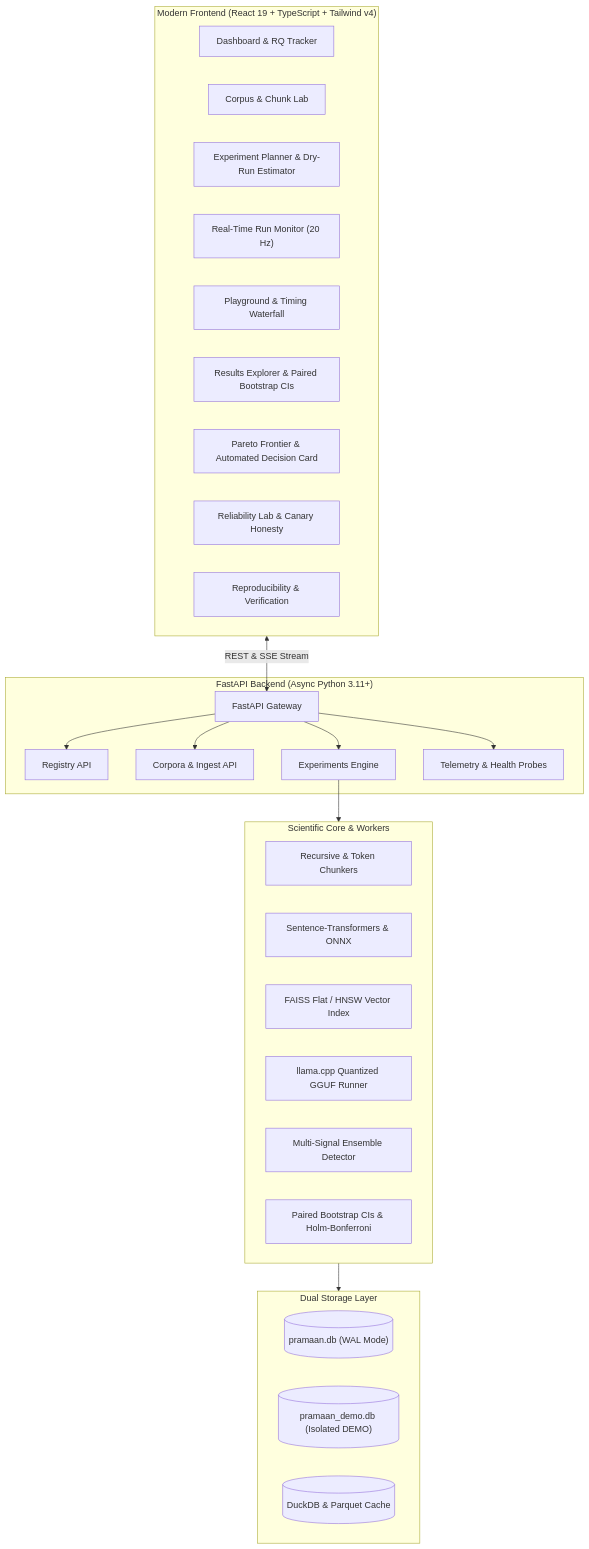
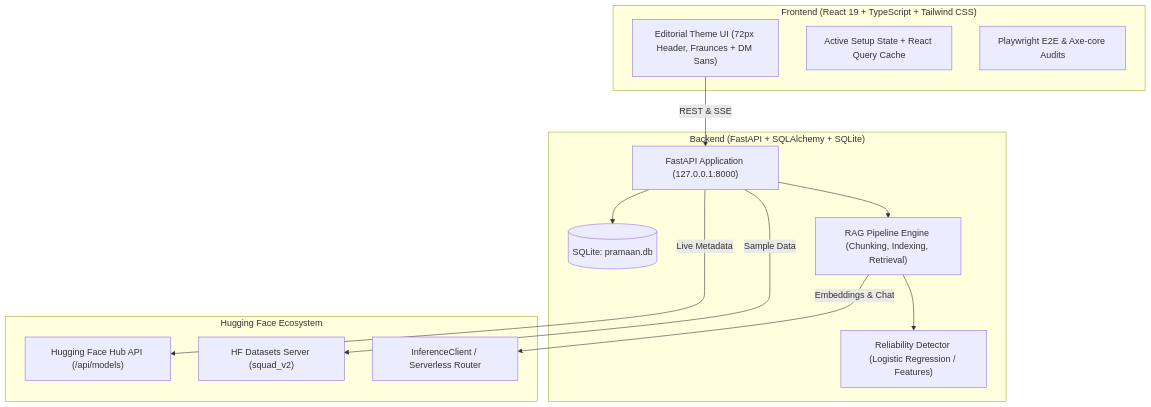
The diagram in README.md (Puravshah321/pramaan-ai), drawn with Mermaid before and after one commit. The commit also changed other lines of this file and 9 other files, not shown here.

````diff
--- a/README.md
+++ b/README.md
@@ -21,42 +67,29 @@
 ```mermaid
 flowchart TD
-    subgraph UI ["Modern Frontend (React 19 + TypeScript + Tailwind v4)"]
-        Dashboard["Dashboard & RQ Tracker"]
-        ChunkLab["Corpus & Chunk Lab"]
-        Planner["Experiment Planner & Dry-Run Estimator"]
-        Monitor["Real-Time Run Monitor (20 Hz)"]
-        Playground["Playground & Timing Waterfall"]
-        Results["Results Explorer & Paired Bootstrap CIs"]
-        Pareto["Pareto Frontier & Automated Decision Card"]
-        Reliability["Reliability Lab & Canary Honesty"]
-        Repro["Reproducibility & Verification"]
+    subgraph Client ["Frontend (React 19 + TypeScript + Tailwind CSS)"]
+        UI["Editorial Theme UI (72px Header, Fraunces + DM Sans)"]
+        State["Active Setup State + React Query Cache"]
+        Playwright["Playwright E2E & Axe-core Audits"]
     end
 
-    subgraph API ["FastAPI Backend (Async Python 3.11+)"]
-        Main["FastAPI Gateway"]
-        RegRouter["Registry API"]
-        CorpRouter["Corpora & Ingest API"]
-        ExpRouter["Experiments Engine"]
-        SysRouter["Telemetry & Health Probes"]
+    subgraph Server ["Backend (FastAPI + SQLAlchemy + SQLite)"]
+        Router["FastAPI Application (127.0.0.1:8000)"]
+        DB[(SQLite: pramaan.db)]
+        Engine["RAG Pipeline Engine (Chunking, Indexing, Retrieval)"]
+        Checker["Reliability Detector (Logistic Regression / Features)"]
     end
 
-    subgraph Core ["Scientific Core & Workers"]
-        Chunky["Recursive & Token Chunkers"]
-        Embedder["Sentence-Transformers & ONNX"]
-        Faiss["FAISS Flat / HNSW Vector Index"]
-        LlamaCpp["llama.cpp Quantized GGUF Runner"]
-        Detector["Multi-Signal Ensemble Detector"]
-        Stats["Paired Bootstrap CIs & Holm-Bonferroni"]
+    subgraph HuggingFace ["Hugging Face Ecosystem"]
+        Hub["Hugging Face Hub API (/api/models)"]
+        Datasets["HF Datasets Server (squad_v2)"]
+        Inference["InferenceClient / Serverless Router"]
     end
 
-    subgraph DB ["Dual Storage Layer"]
-        SQLiteReal[("pramaan.db (WAL Mode)")]
-        SQLiteDemo[("pramaan_demo.db (Isolated DEMO)")]
-        ParquetStore[("DuckDB & Parquet Cache")]
-    end
-
-    UI <-->|REST & SSE Stream| Main
-    Main --> RegRouter & CorpRouter & ExpRouter & SysRouter
-    ExpRouter --> Core
-    Core --> DB
+    UI -->|REST & SSE| Router
+    Router --> DB
+    Router --> Engine
+    Engine --> Checker
+    Router -->|Live Metadata| Hub
+    Router -->|Sample Data| Datasets
+    Engine -->|Embeddings & Chat| Inference
 ```
````
